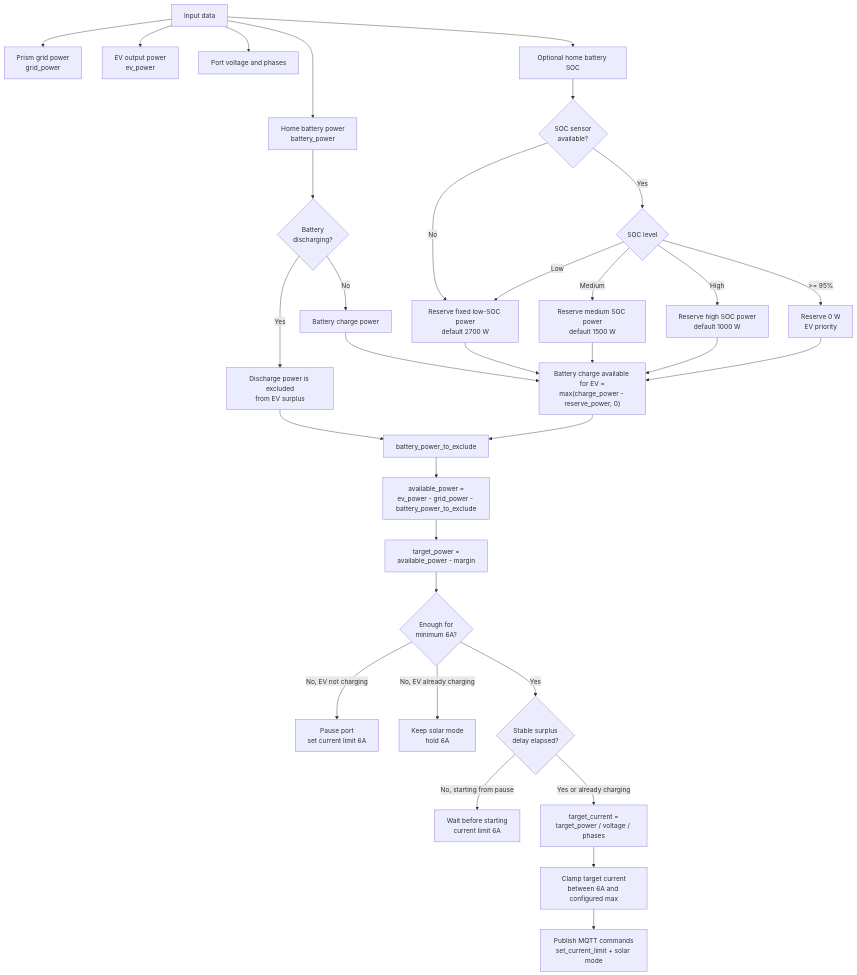
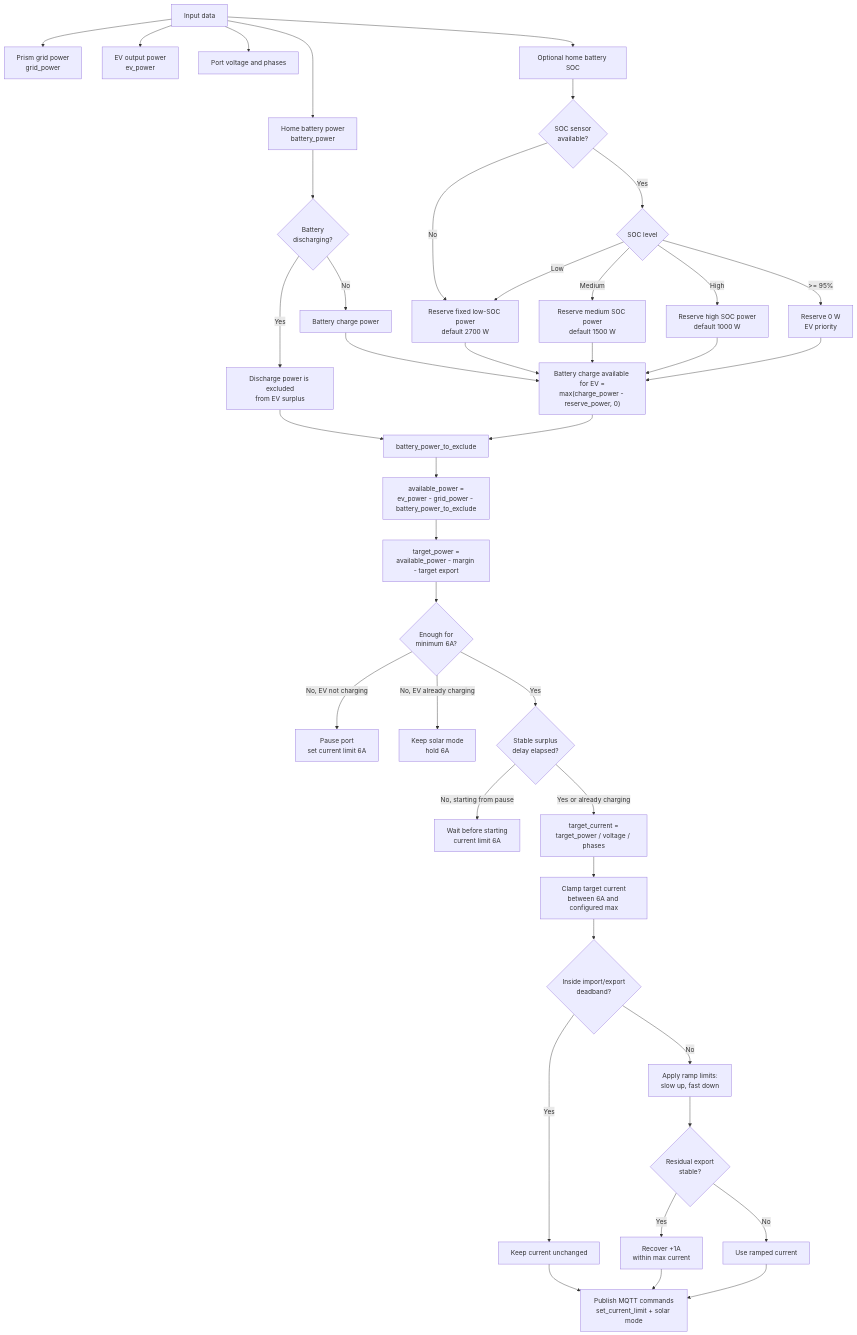
One commit to italoc/silla-prism-integration changed the diagram in README.md. Above: the diagram before and after it, drawn with Mermaid. The commit also changed other lines of this file and 8 other files, not shown here.

Commit message:
Add solar balance ramp and export recovery

````diff
--- a/README.md
+++ b/README.md
@@ -114,40 +126,48 @@
 ```mermaid
 flowchart TD
     A["Input data"] --> B["Prism grid power<br/>grid_power"]
     A --> C["EV output power<br/>ev_power"]
     A --> D["Home battery power<br/>battery_power"]
     A --> E["Port voltage and phases"]
     A --> F["Optional home battery SOC"]
 
     D --> G{"Battery<br/>discharging?"}
     G -->|Yes| H["Discharge power is excluded<br/>from EV surplus"]
     G -->|No| I["Battery charge power"]
 
     F --> J{"SOC sensor<br/>available?"}
     J -->|No| K["Reserve fixed low-SOC power<br/>default 2700 W"]
     J -->|Yes| L{"SOC level"}
     L -->|Low| K
     L -->|Medium| M["Reserve medium SOC power<br/>default 1500 W"]
     L -->|High| N["Reserve high SOC power<br/>default 1000 W"]
     L -->|>= 95%| O["Reserve 0 W<br/>EV priority"]
 
     I --> P["Battery charge available for EV =<br/>max(charge_power - reserve_power, 0)"]
     K --> P
     M --> P
     N --> P
     O --> P
 
     H --> Q["battery_power_to_exclude"]
     P --> Q
     Q --> R["available_power =<br/>ev_power - grid_power - battery_power_to_exclude"]
-    R --> S["target_power =<br/>available_power - margin"]
+    R --> S["target_power =<br/>available_power - margin - target export"]
     S --> T{"Enough for<br/>minimum 6A?"}
 
     T -->|No, EV not charging| U["Pause port<br/>set current limit 6A"]
     T -->|No, EV already charging| V["Keep solar mode<br/>hold 6A"]
     T -->|Yes| W{"Stable surplus<br/>delay elapsed?"}
     W -->|No, starting from pause| X["Wait before starting<br/>current limit 6A"]
     W -->|Yes or already charging| Y["target_current =<br/>target_power / voltage / phases"]
     Y --> Z["Clamp target current<br/>between 6A and configured max"]
-    Z --> AA["Publish MQTT commands<br/>set_current_limit + solar mode"]
+    Z --> AB{"Inside import/export<br/>deadband?"}
+    AB -->|Yes| AC["Keep current unchanged"]
+    AB -->|No| AD["Apply ramp limits:<br/>slow up, fast down"]
+    AD --> AE{"Residual export<br/>stable?"}
+    AE -->|Yes| AF["Recover +1A<br/>within max current"]
+    AE -->|No| AG["Use ramped current"]
+    AC --> AA["Publish MQTT commands<br/>set_current_limit + solar mode"]
+    AF --> AA
+    AG --> AA
 ```
````
